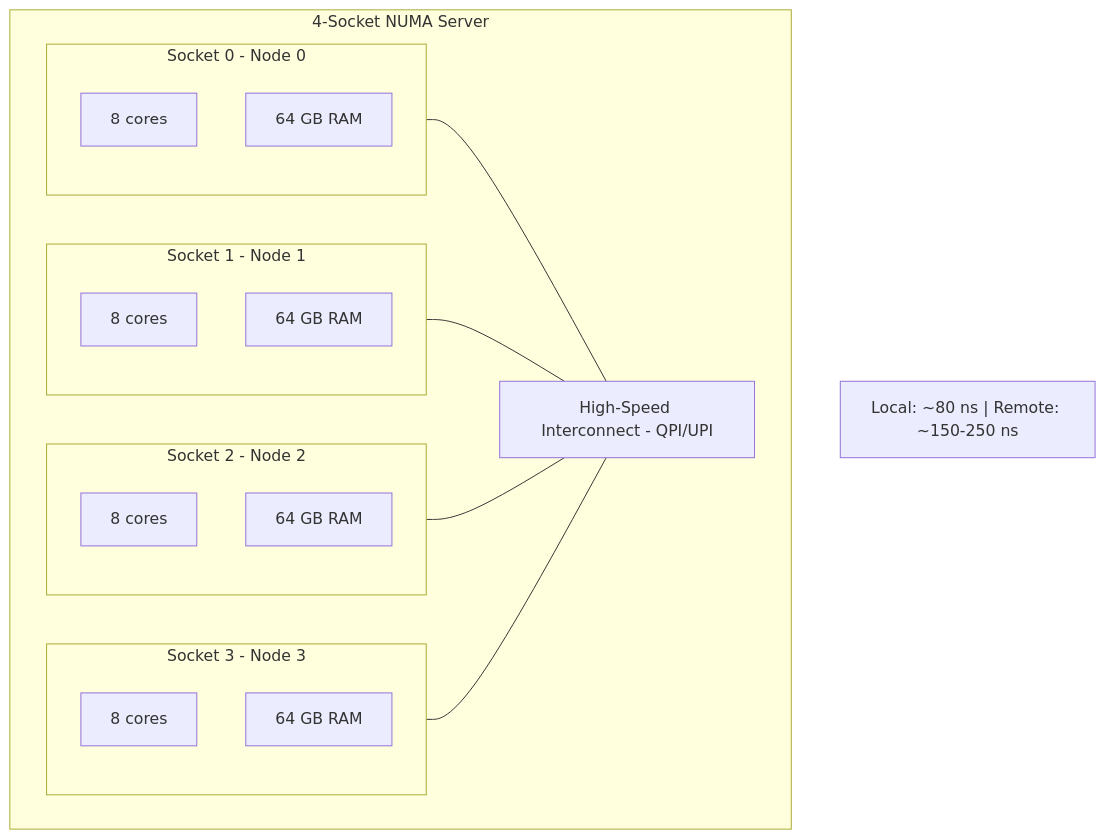
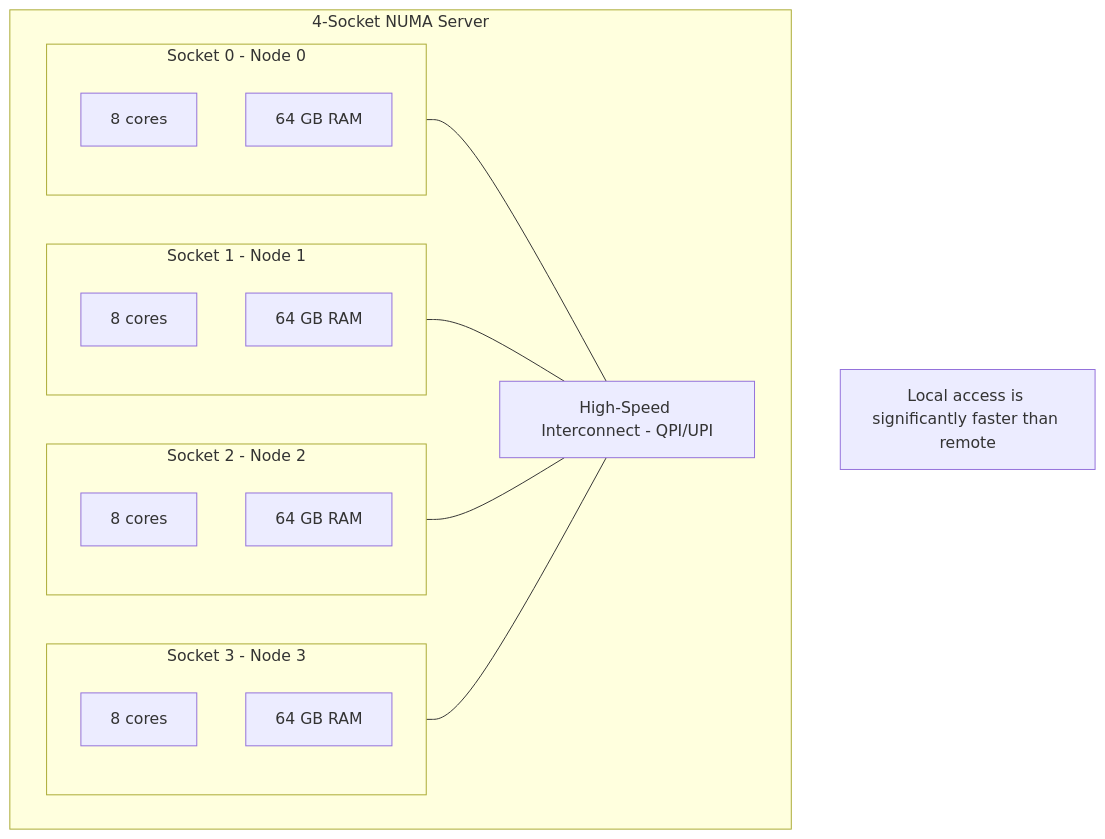
One commit to schroedermatthew/FatP changed the first of 5 diagrams in components/NumaAllocator/docs/NumaAllocator_User_Manual.md. Above: the diagram before and after it, drawn with Mermaid. The commit also changed other lines of this file and 25 other files, not shown here.

````diff
--- a/components/NumaAllocator/docs/NumaAllocator_User_Manual.md
+++ b/components/NumaAllocator/docs/NumaAllocator_User_Manual.md
@@ -71,28 +71,28 @@
 ```mermaid
 graph TB
     subgraph Server["4-Socket NUMA Server"]
         subgraph S0["Socket 0 - Node 0"]
             C0["8 cores"]
             M0["64 GB RAM"]
         end
         subgraph S1["Socket 1 - Node 1"]
             C1["8 cores"]
             M1["64 GB RAM"]
         end
         subgraph S2["Socket 2 - Node 2"]
             C2["8 cores"]
             M2["64 GB RAM"]
         end
         subgraph S3["Socket 3 - Node 3"]
             C3["8 cores"]
             M3["64 GB RAM"]
         end
         QPI["High-Speed Interconnect - QPI/UPI"]
     end
     S0 --- QPI
     S1 --- QPI
     S2 --- QPI
     S3 --- QPI
     
-    Note["Local: ~80 ns | Remote: ~150-250 ns"]
+    Note["Local access is significantly faster than remote"]
 ```
````
